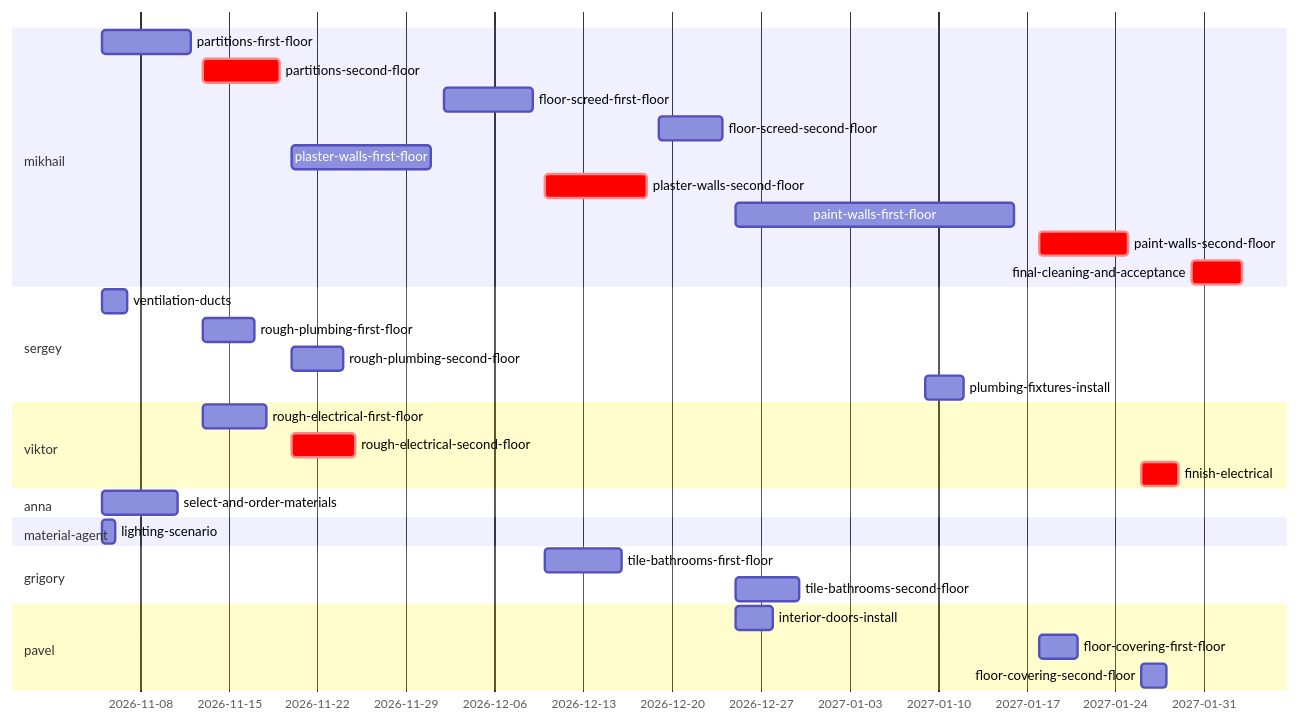
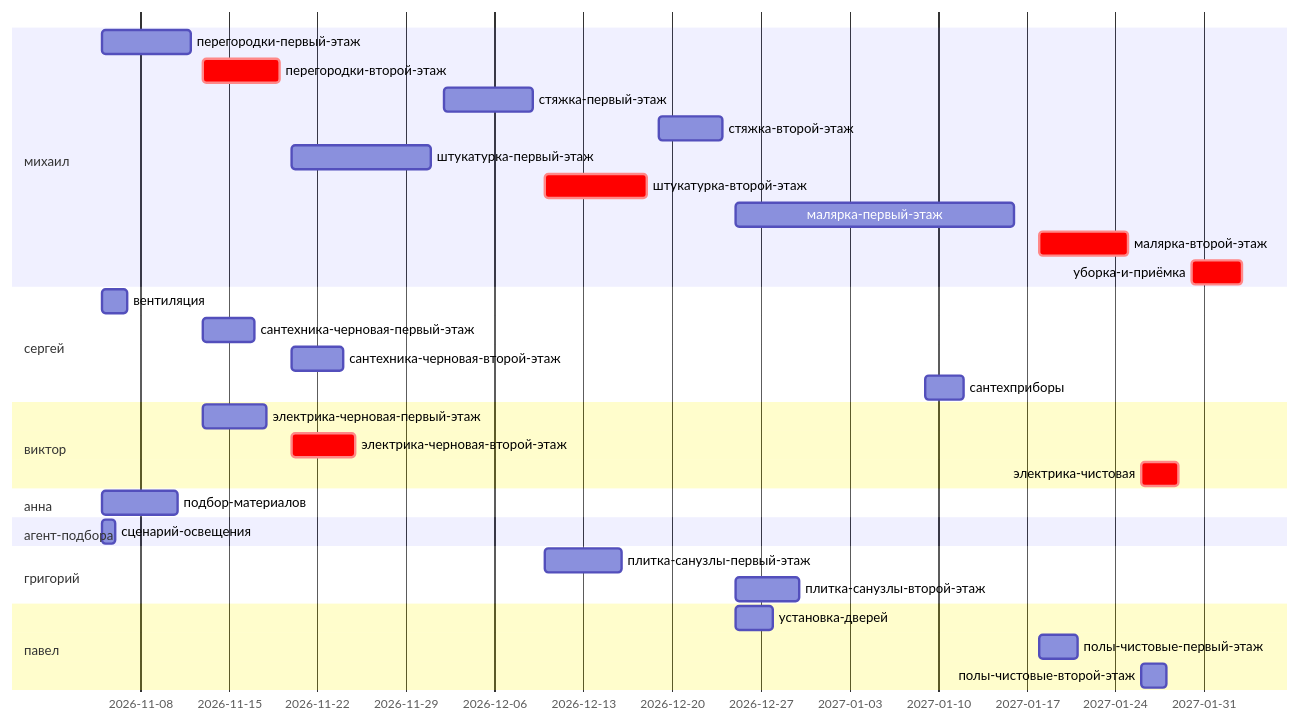
The diagram in research/house-renovation-demo/house-renovation.gantt.mmd (nikita-volkov/planning-dsl), drawn with Mermaid before and after one commit. The commit also changed 7 other files, not shown here.

```diff
--- a/research/house-renovation-demo/house-renovation.gantt.mmd
+++ b/research/house-renovation-demo/house-renovation.gantt.mmd
@@ -1,33 +1,33 @@
 gantt
     dateFormat YYYY-MM-DD
     axisFormat %Y-%m-%d
-    section mikhail
-    partitions-first-floor :2026-11-05, 2026-11-12
-    partitions-second-floor :crit, 2026-11-13, 2026-11-19
-    floor-screed-first-floor :2026-12-02, 2026-12-09
-    floor-screed-second-floor :2026-12-19, 2026-12-24
-    plaster-walls-first-floor :2026-11-20, 2026-12-01
-    plaster-walls-second-floor :crit, 2026-12-10, 2026-12-18
-    paint-walls-first-floor :2026-12-25, 2027-01-16
-    paint-walls-second-floor :crit, 2027-01-18, 2027-01-25
-    final-cleaning-and-acceptance :crit, 2027-01-30, 2027-02-03
-    section sergey
-    ventilation-ducts :2026-11-05, 2026-11-07
-    rough-plumbing-first-floor :2026-11-13, 2026-11-17
-    rough-plumbing-second-floor :2026-11-20, 2026-11-24
-    plumbing-fixtures-install :2027-01-09, 2027-01-12
-    section viktor
-    rough-electrical-first-floor :2026-11-13, 2026-11-18
-    rough-electrical-second-floor :crit, 2026-11-20, 2026-11-25
-    finish-electrical :crit, 2027-01-26, 2027-01-29
-    section anna
-    select-and-order-materials :2026-11-05, 2026-11-11
-    section material-agent
-    lighting-scenario :2026-11-05, 2026-11-06
-    section grigory
-    tile-bathrooms-first-floor :2026-12-10, 2026-12-16
-    tile-bathrooms-second-floor :2026-12-25, 2026-12-30
-    section pavel
-    interior-doors-install :2026-12-25, 2026-12-28
-    floor-covering-first-floor :2027-01-18, 2027-01-21
-    floor-covering-second-floor :2027-01-26, 2027-01-28
+    section михаил
+    перегородки-первый-этаж :2026-11-05, 2026-11-12
+    перегородки-второй-этаж :crit, 2026-11-13, 2026-11-19
+    стяжка-первый-этаж :2026-12-02, 2026-12-09
+    стяжка-второй-этаж :2026-12-19, 2026-12-24
+    штукатурка-первый-этаж :2026-11-20, 2026-12-01
+    штукатурка-второй-этаж :crit, 2026-12-10, 2026-12-18
+    малярка-первый-этаж :2026-12-25, 2027-01-16
+    малярка-второй-этаж :crit, 2027-01-18, 2027-01-25
+    уборка-и-приёмка :crit, 2027-01-30, 2027-02-03
+    section сергей
+    вентиляция :2026-11-05, 2026-11-07
+    сантехника-черновая-первый-этаж :2026-11-13, 2026-11-17
+    сантехника-черновая-второй-этаж :2026-11-20, 2026-11-24
+    сантехприборы :2027-01-09, 2027-01-12
+    section виктор
+    электрика-черновая-первый-этаж :2026-11-13, 2026-11-18
+    электрика-черновая-второй-этаж :crit, 2026-11-20, 2026-11-25
+    электрика-чистовая :crit, 2027-01-26, 2027-01-29
+    section анна
+    подбор-материалов :2026-11-05, 2026-11-11
+    section агент-подбора
+    сценарий-освещения :2026-11-05, 2026-11-06
+    section григорий
+    плитка-санузлы-первый-этаж :2026-12-10, 2026-12-16
+    плитка-санузлы-второй-этаж :2026-12-25, 2026-12-30
+    section павел
+    установка-дверей :2026-12-25, 2026-12-28
+    полы-чистовые-первый-этаж :2027-01-18, 2027-01-21
+    полы-чистовые-второй-этаж :2027-01-26, 2027-01-28
```
